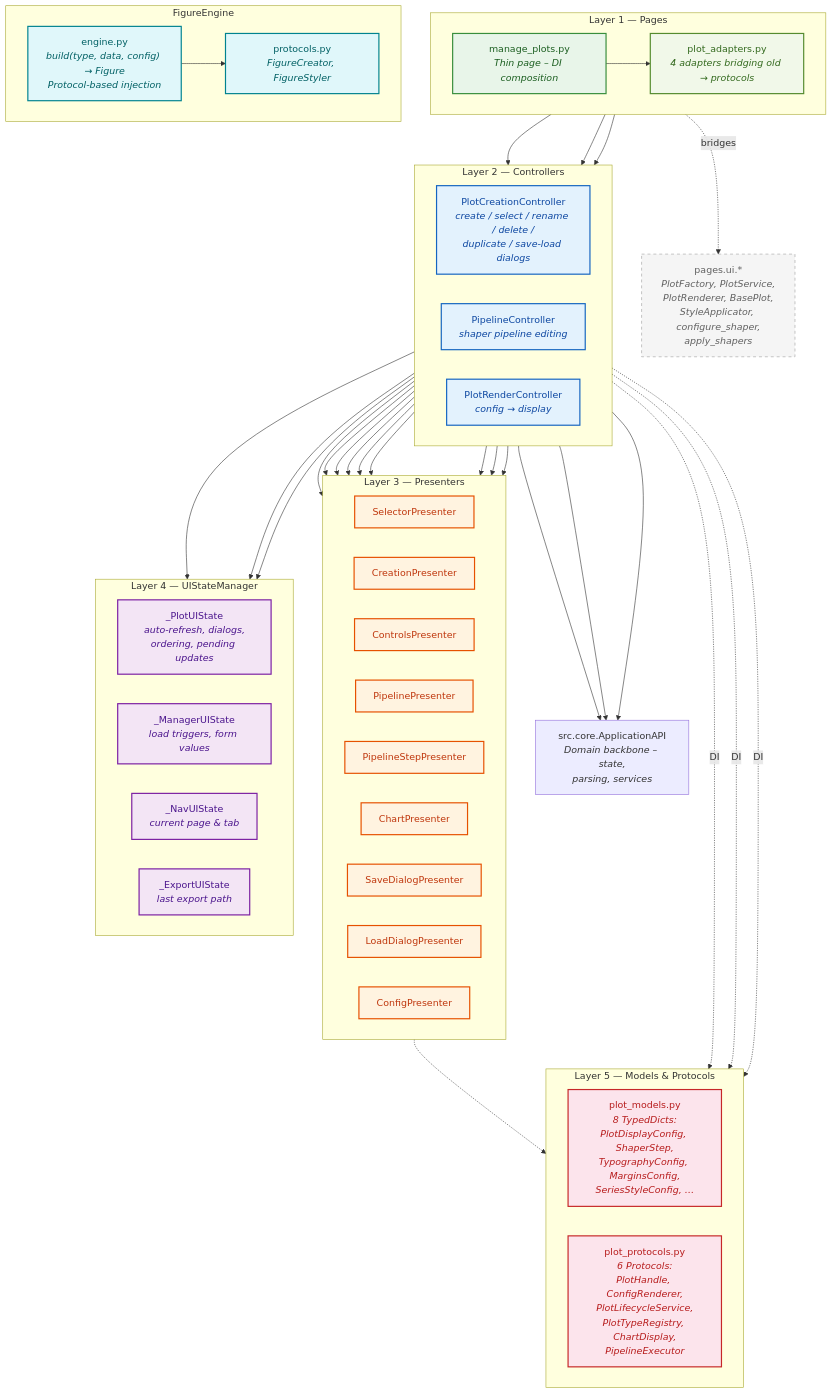
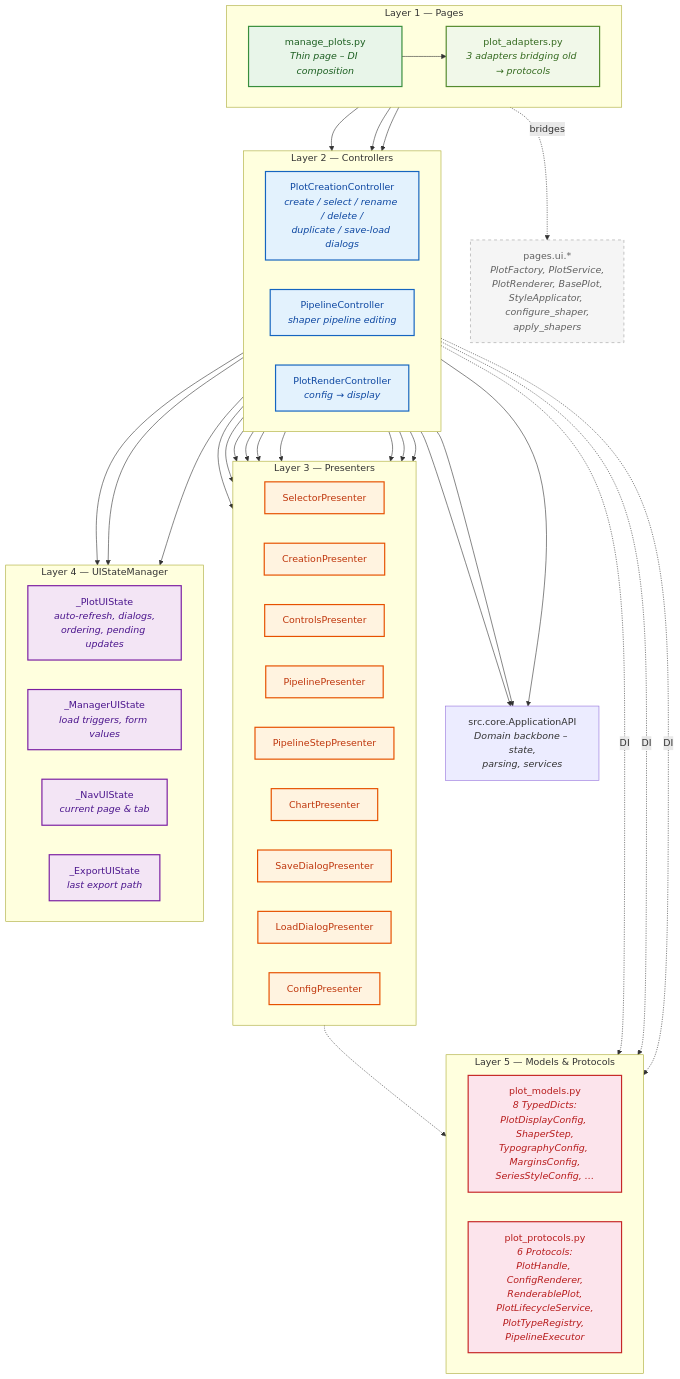
Before and after one commit to nikiitin/RING-5: the first of 3 diagrams in docs/web-layer-architecture.md, drawn with Mermaid. The commit also changed other lines of this file and 11 other files, not shown here.

First line of the commit message:
B10: Update architecture documentation

````diff
--- a/docs/web-layer-architecture.md
+++ b/docs/web-layer-architecture.md
@@ -20,7 +20,7 @@
     classDef presenter  fill:#fff3e0,stroke:#e65100,stroke-width:2px,color:#bf360c
     classDef state      fill:#f3e5f5,stroke:#7b1fa2,stroke-width:2px,color:#4a148c
     classDef model      fill:#fce4ec,stroke:#c62828,stroke-width:2px,color:#b71c1c
-    classDef engine     fill:#e0f7fa,stroke:#00838f,stroke-width:2px,color:#006064
+
     classDef adapter    fill:#f1f8e9,stroke:#558b2f,stroke-width:2px,color:#33691e
     classDef oldcode    fill:#f5f5f5,stroke:#9e9e9e,stroke-width:1px,color:#616161,stroke-dasharray:5 5
 
@@ -30,7 +30,7 @@
     subgraph L1["Layer 1 — Pages"]
         direction LR
         page_v2["manage_plots.py<br/><i>Thin page – DI composition</i>"]
-        adapters["plot_adapters.py<br/><i>4 adapters bridging old → protocols</i>"]
+        adapters["plot_adapters.py<br/><i>3 adapters bridging old → protocols</i>"]
     end
     class page_v2 page
     class adapters adapter
@@ -83,19 +83,11 @@
     subgraph L5["Layer 5 — Models & Protocols"]
         direction LR
         typedicts["plot_models.py<br/><i>8 TypedDicts:<br/>PlotDisplayConfig, ShaperStep,<br/>TypographyConfig, MarginsConfig,<br/>SeriesStyleConfig, …</i>"]
-        protocols["plot_protocols.py<br/><i>6 Protocols:<br/>PlotHandle, ConfigRenderer,<br/>PlotLifecycleService,<br/>PlotTypeRegistry, ChartDisplay,<br/>PipelineExecutor</i>"]
+        protocols["plot_protocols.py<br/><i>6 Protocols:<br/>PlotHandle, ConfigRenderer,<br/>RenderablePlot,<br/>PlotLifecycleService,<br/>PlotTypeRegistry, PipelineExecutor</i>"]
     end
     class typedicts,protocols model
 
-    %% ─────────────────────────────────────────────────────────────────
-    %% FigureEngine (pure domain, ZERO Streamlit)
-    %% ─────────────────────────────────────────────────────────────────
-    subgraph FE["FigureEngine"]
-        direction LR
-        fe_proto["protocols.py<br/><i>FigureCreator, FigureStyler</i>"]
-        fe_engine["engine.py<br/><i>build(type, data, config) → Figure<br/>Protocol-based injection</i>"]
-    end
-    class fe_proto,fe_engine engine
+
 
     %% ─────────────────────────────────────────────────────────────────
     %% Old code (pages.ui.*) — accessed ONLY through Layer 1 adapters
@@ -150,6 +142,5 @@
     pipeline_ctrl --> core_api
     render_ctrl --> core_api
 
-    %% FigureEngine → own protocols only
-    fe_engine --> fe_proto
+
 ```
````
